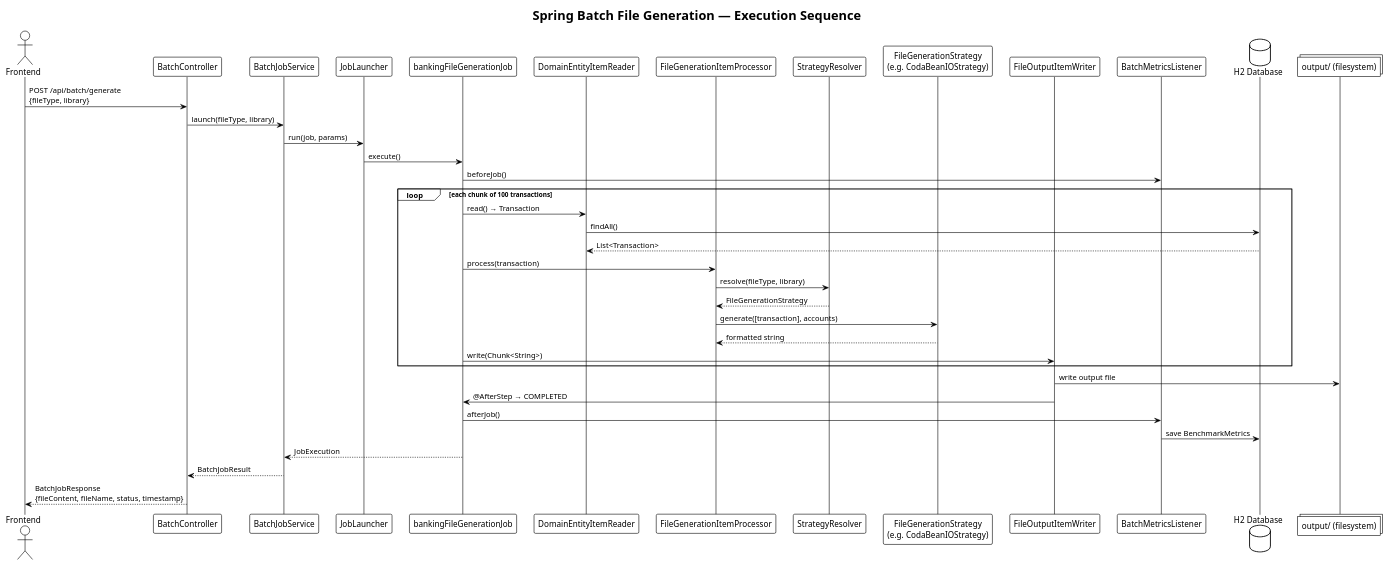
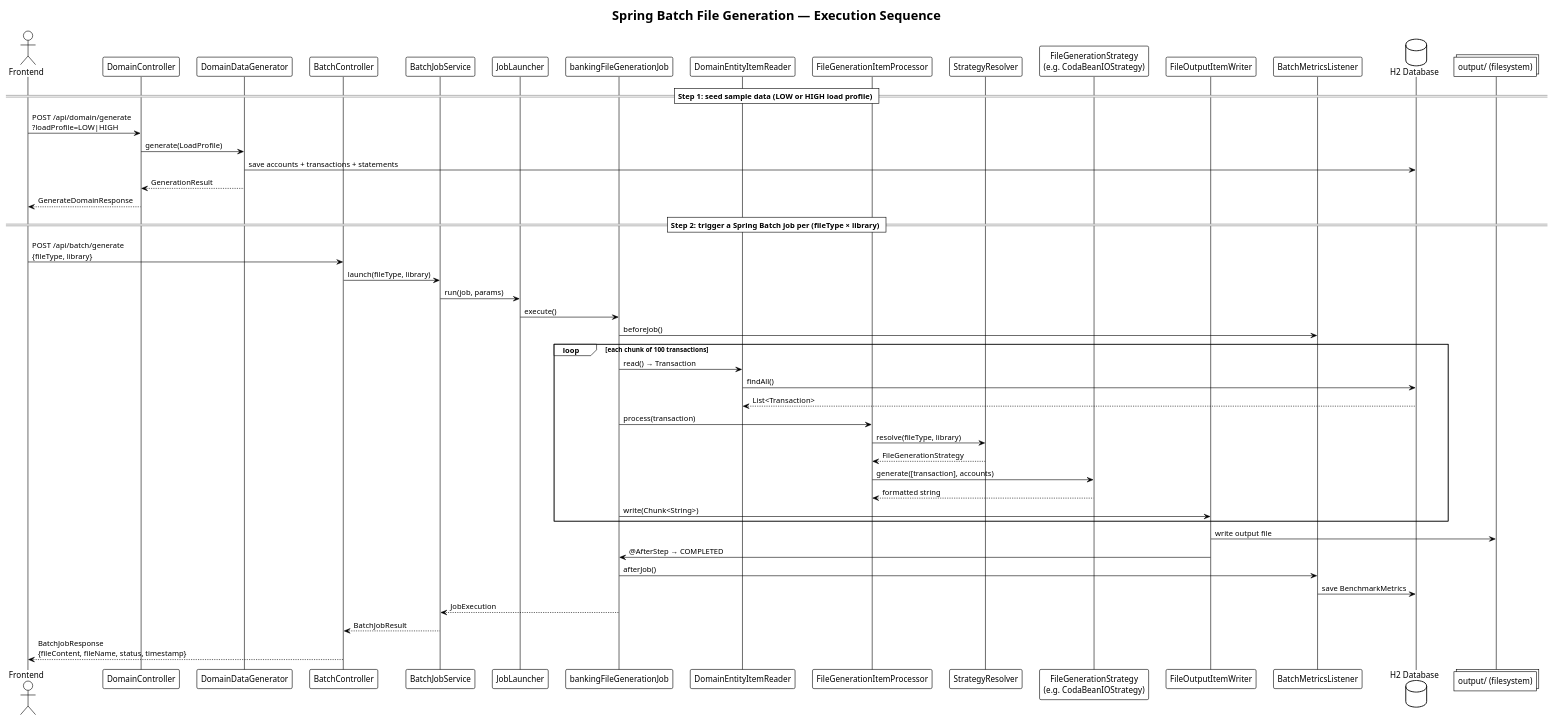
One commit to wallaceespindola/fixed-length-converters changed the diagram in docs/diagrams/batch-sequence.puml. Above: the diagram before and after it, drawn with PlantUML. The commit also changed 4 other files, not shown here.

First line of the commit message:
docs(diagrams): refresh batch-sequence, benchmark-flow, strategy-class diagrams

```diff
--- a/docs/diagrams/batch-sequence.puml
+++ b/docs/diagrams/batch-sequence.puml
@@ -1,48 +1,58 @@
 @startuml batch-sequence
 !theme plain
 title Spring Batch File Generation — Execution Sequence
 
 actor Frontend
+participant DomainController
+participant DomainDataGenerator
 participant BatchController
 participant BatchJobService
 participant JobLauncher
 participant "bankingFileGenerationJob" as Job
 participant DomainEntityItemReader as Reader
 participant FileGenerationItemProcessor as Processor
 participant StrategyResolver
 participant "FileGenerationStrategy\n(e.g. CodaBeanIOStrategy)" as Strategy
 participant FileOutputItemWriter as Writer
 participant BatchMetricsListener as Listener
 database "H2 Database" as DB
 collections "output/ (filesystem)" as FS
 
+== Step 1: seed sample data (LOW or HIGH load profile) ==
+Frontend -> DomainController : POST /api/domain/generate\n?loadProfile=LOW|HIGH
+DomainController -> DomainDataGenerator : generate(LoadProfile)
+DomainDataGenerator -> DB : save accounts + transactions + statements
+DomainDataGenerator --> DomainController : GenerationResult
+DomainController --> Frontend : GenerateDomainResponse
+
+== Step 2: trigger a Spring Batch job per (fileType × library) ==
 Frontend -> BatchController : POST /api/batch/generate\n{fileType, library}
 BatchController -> BatchJobService : launch(fileType, library)
 BatchJobService -> JobLauncher : run(job, params)
 JobLauncher -> Job : execute()
 Job -> Listener : beforeJob()
 
 loop each chunk of 100 transactions
     Job -> Reader : read() → Transaction
     Reader -> DB : findAll()
     DB --> Reader : List<Transaction>
 
     Job -> Processor : process(transaction)
     Processor -> StrategyResolver : resolve(fileType, library)
     StrategyResolver --> Processor : FileGenerationStrategy
     Processor -> Strategy : generate([transaction], accounts)
     Strategy --> Processor : formatted string
 
     Job -> Writer : write(Chunk<String>)
 end
 
 Writer -> FS : write output file
 Writer -> Job : @AfterStep → COMPLETED
 
 Job -> Listener : afterJob()
 Listener -> DB : save BenchmarkMetrics
 
 Job --> BatchJobService : JobExecution
 BatchJobService --> BatchController : BatchJobResult
 BatchController --> Frontend : BatchJobResponse\n{fileContent, fileName, status, timestamp}
 @enduml
```
